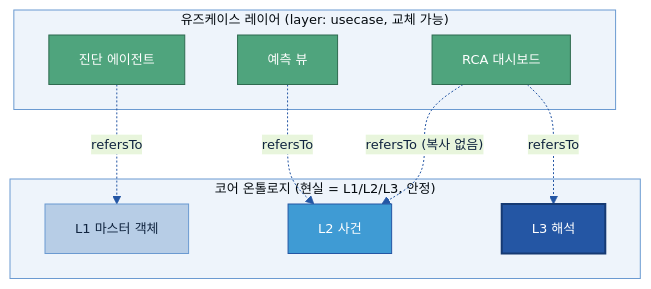
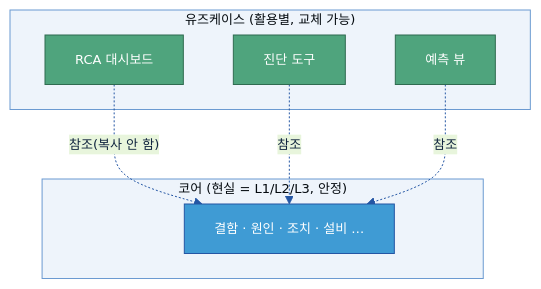
One commit to jin-kearney/ai-ready-data-manual changed the fourth of 7 diagrams in 가이드 작성/B-3 온톨로지/B-3 온톨로지.md. Above: the diagram before and after it, drawn with Mermaid. The commit also changed other lines of this file and 5 other files, not shown here.

````diff
--- a/가이드 작성/B-3 온톨로지/B-3 온톨로지.md
+++ b/가이드 작성/B-3 온톨로지/B-3 온톨로지.md
@@ -496,22 +256,17 @@
 ```mermaid
 %%{init: {'theme':'base','themeVariables':{'primaryColor':'#DCE8F5','primaryBorderColor':'#2456A4','primaryTextColor':'#10243f','lineColor':'#2456A4','clusterBkg':'#EEF4FB','clusterBorder':'#6B9AD1','fontSize':'13px'}}}%%
 flowchart TB
-    subgraph UC["유즈케이스 레이어 (layer: usecase, 교체 가능)"]
+    subgraph UC["유즈케이스 (활용별, 교체 가능)"]
         UC1["RCA 대시보드"]:::loop
-        UC2["진단 에이전트"]:::loop
+        UC2["진단 도구"]:::loop
         UC3["예측 뷰"]:::loop
     end
-    subgraph CORE["코어 온톨로지 (현실 = L1/L2/L3, 안정)"]
-        CL1["L1 마스터 객체"]:::n
-        CL2["L2 사건"]:::gate
-        CL3["L3 해석"]:::cat
+    subgraph CORE["코어 (현실 = L1/L2/L3, 안정)"]
+        CL["결함 · 원인 · 조치 · 설비 …"]:::gate
     end
-    UC1 -. "refersTo (복사 없음)" .-> CL2
-    UC1 -. "refersTo" .-> CL3
-    UC2 -. "refersTo" .-> CL1
-    UC3 -. "refersTo" .-> CL2
-    classDef n fill:#B7CDE6,stroke:#6B9AD1,color:#10243f;
+    UC1 -. "참조(복사 안 함)" .-> CL
+    UC2 -. "참조" .-> CL
+    UC3 -. "참조" .-> CL
     classDef gate fill:#3F9BD4,stroke:#2456A4,color:#fff;
-    classDef cat fill:#2456A4,color:#fff,stroke:#163a73,stroke-width:2px;
     classDef loop fill:#4FA47D,stroke:#2f6b50,color:#fff;
 ```
````
